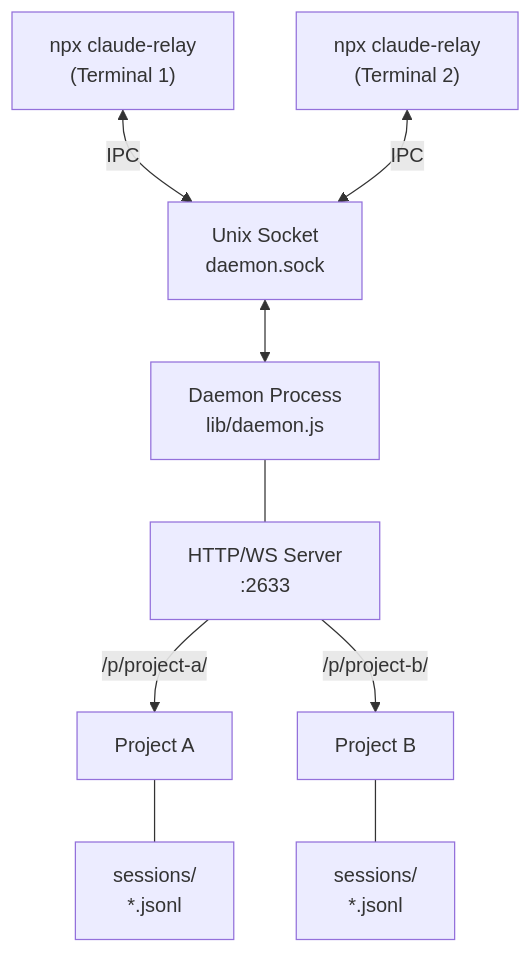
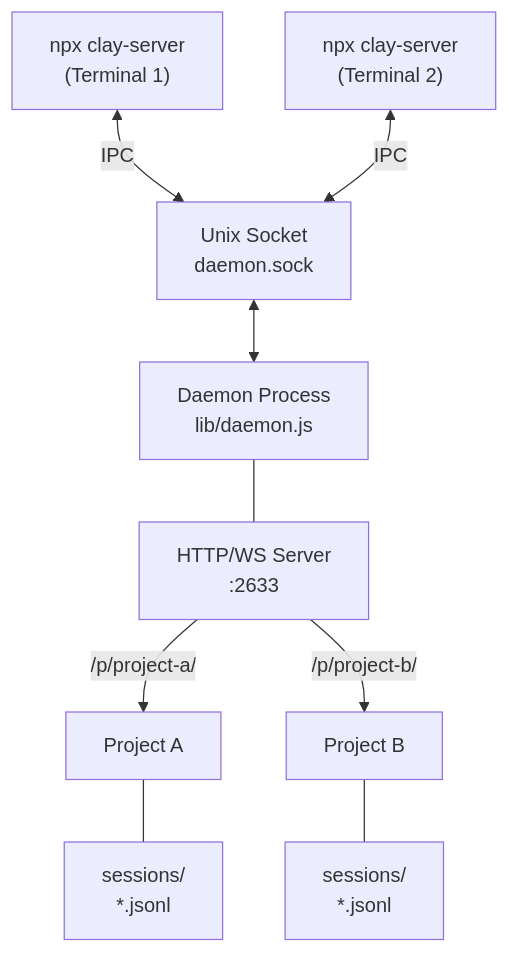
The third of 3 diagrams in docs/architecture.md (browntea/clay), drawn with Mermaid before and after one commit. The commit also changed other lines of this file and 22 other files, not shown here.

First line of the commit message:
Rename claude-relay to clay (v3.0.0)

````diff
--- a/docs/architecture.md
+++ b/docs/architecture.md
@@ -55,21 +55,21 @@
 ```mermaid
 graph TB
-    CLI1["npx claude-relay<br/>(Terminal 1)"]
-    CLI2["npx claude-relay<br/>(Terminal 2)"]
+    CLI1["npx clay-server<br/>(Terminal 1)"]
+    CLI2["npx clay-server<br/>(Terminal 2)"]
     IPC["Unix Socket<br/>daemon.sock"]
     Daemon["Daemon Process<br/>lib/daemon.js"]
     HTTP["HTTP/WS Server<br/>:2633"]
     P1["Project A"]
     P2["Project B"]
     Sessions1["sessions/<br/>*.jsonl"]
     Sessions2["sessions/<br/>*.jsonl"]
 
     CLI1 <-->|IPC| IPC
     CLI2 <-->|IPC| IPC
     IPC <--> Daemon
     Daemon --- HTTP
     HTTP -->|/p/project-a/| P1
     HTTP -->|/p/project-b/| P2
     P1 --- Sessions1
     P2 --- Sessions2
 ```
````
